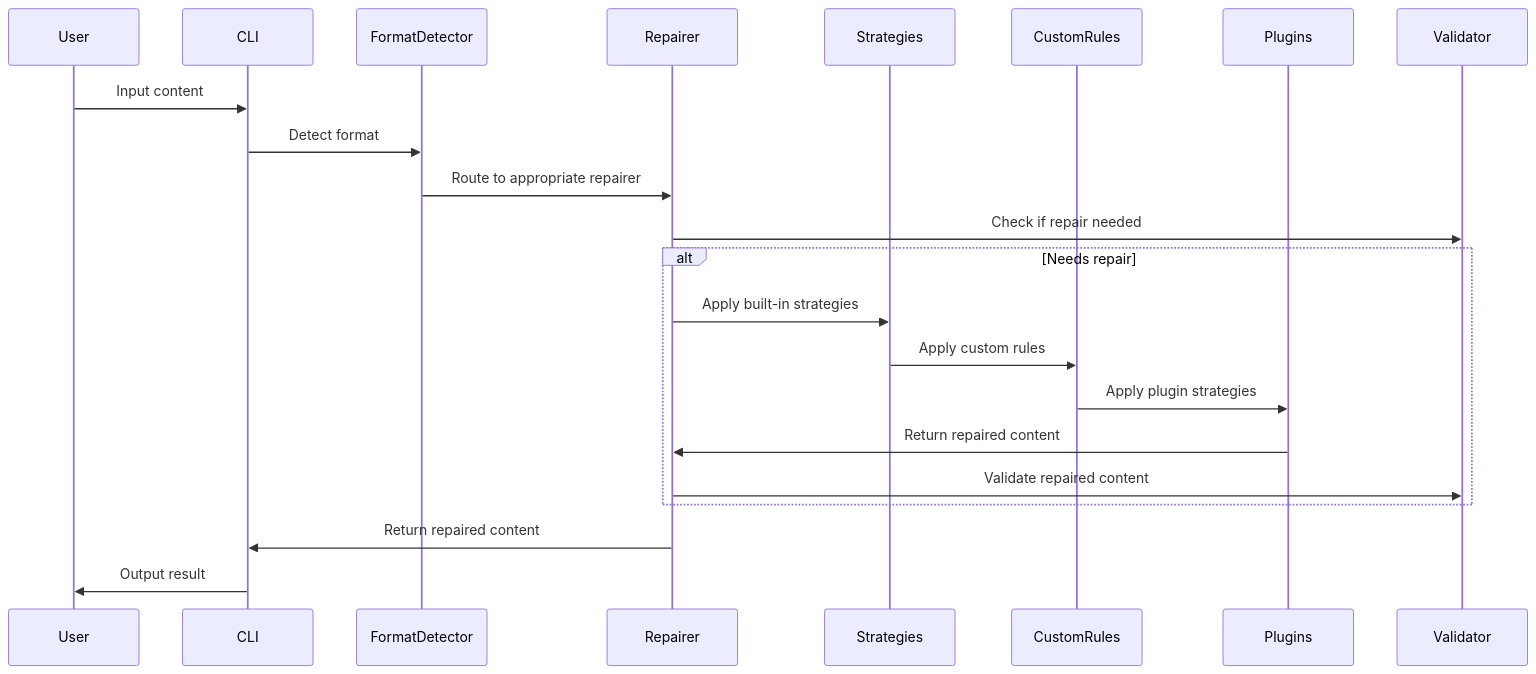
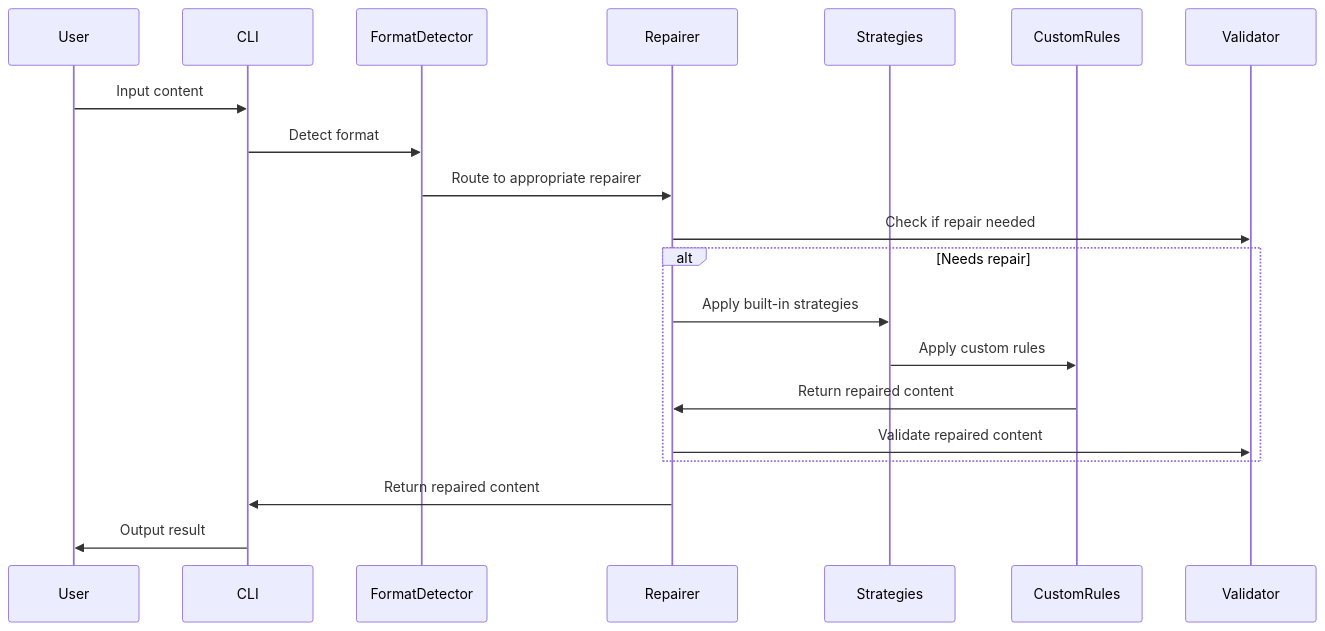
The second of 2 diagrams in docs/ARCHITECTURE.md (yingkitw/anyrepair), drawn with Mermaid before and after one commit. The commit also changed other lines of this file and 28 other files, not shown here.

````diff
--- a/docs/ARCHITECTURE.md
+++ b/docs/ARCHITECTURE.md
@@ -365,25 +342,23 @@
 ```mermaid
 sequenceDiagram
     participant User
     participant CLI
     participant FormatDetector
     participant Repairer
     participant Strategies
     participant CustomRules
-    participant Plugins
     participant Validator
 
     User->>CLI: Input content
     CLI->>FormatDetector: Detect format
     FormatDetector->>Repairer: Route to appropriate repairer
     Repairer->>Validator: Check if repair needed
     alt Needs repair
         Repairer->>Strategies: Apply built-in strategies
         Strategies->>CustomRules: Apply custom rules
-        CustomRules->>Plugins: Apply plugin strategies
-        Plugins->>Repairer: Return repaired content
+        CustomRules->>Repairer: Return repaired content
         Repairer->>Validator: Validate repaired content
     end
     Repairer->>CLI: Return repaired content
     CLI->>User: Output result
 ```
````
